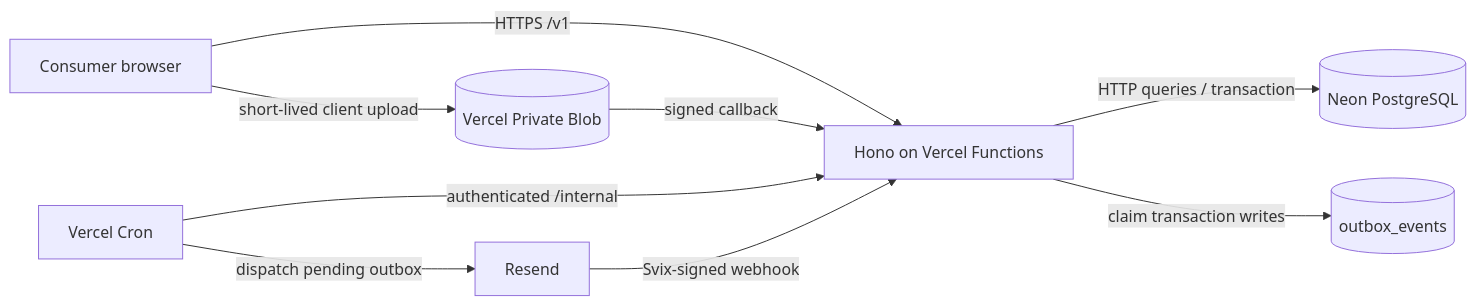
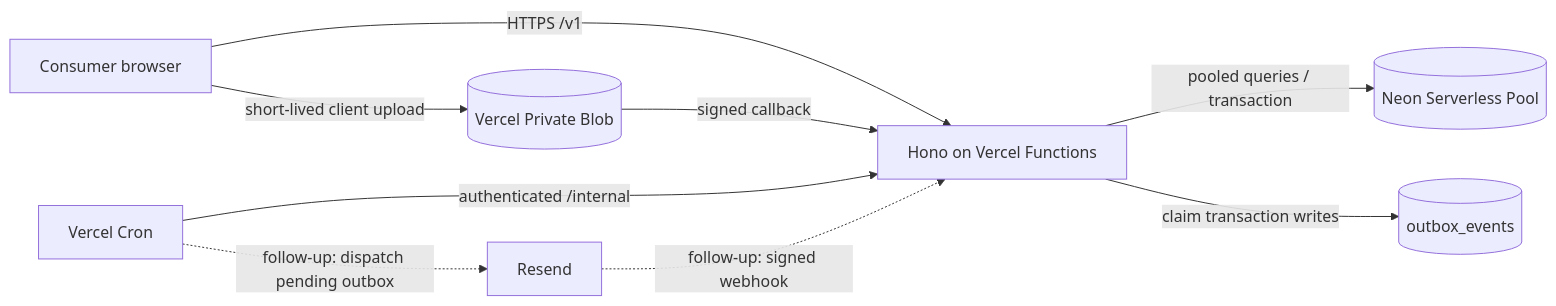
Before and after one commit to Martin-Yoann/KOI-Recall-Backend: the diagram in docs/phase-1/01-server-architecture.md, drawn with Mermaid. The commit also changed other lines of this file and 5 other files, not shown here.

````diff
--- a/docs/phase-1/01-server-architecture.md
+++ b/docs/phase-1/01-server-architecture.md
@@ -23,11 +27,11 @@
 ```mermaid
 flowchart LR
   Browser[Consumer browser] -->|HTTPS /v1| API[Hono on Vercel Functions]
   Browser -->|short-lived client upload| Blob[(Vercel Private Blob)]
   Blob -->|signed callback| API
-  API -->|HTTP queries / transaction| Neon[(Neon PostgreSQL)]
+  API -->|pooled queries / transaction| Neon[(Neon Serverless Pool)]
   Cron[Vercel Cron] -->|authenticated /internal| API
   API -->|claim transaction writes| Outbox[(outbox_events)]
-  Cron -->|dispatch pending outbox| Resend[Resend]
-  Resend -->|Svix-signed webhook| API
+  Cron -.->|follow-up: dispatch pending outbox| Resend[Resend]
+  Resend -.->|follow-up: signed webhook| API
 ```
````
